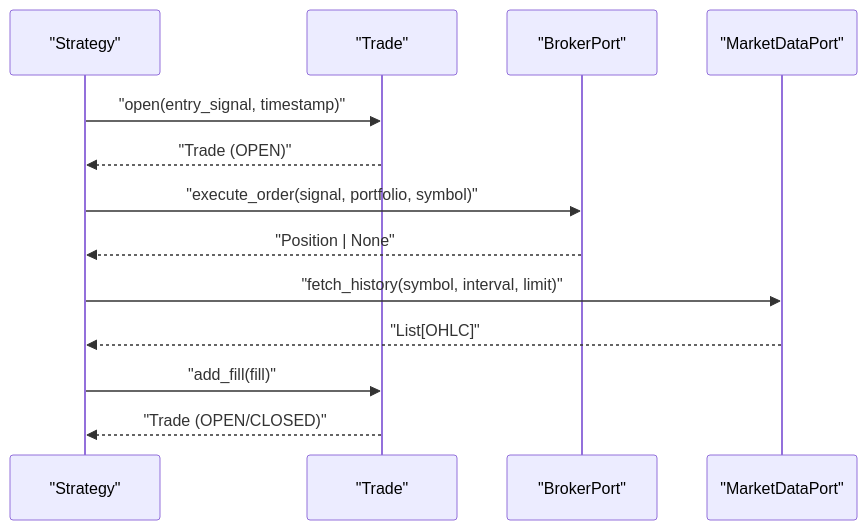
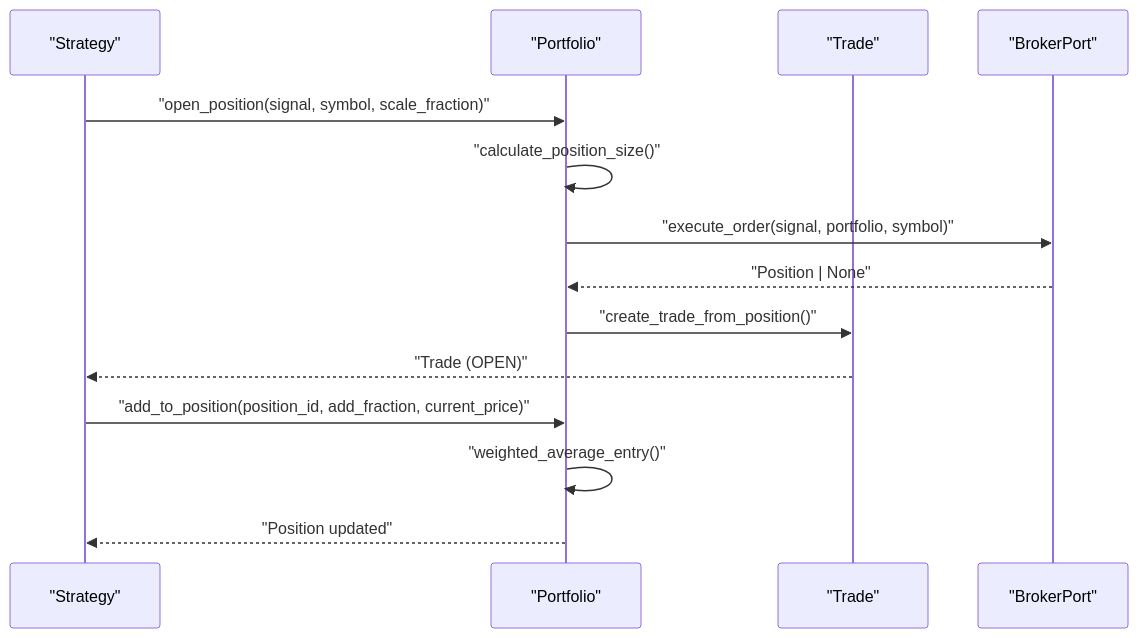
Before and after one commit to gemrajkhatry-maker/v5-of-glassytrade-ai: the fourth of 15 diagrams in .qoder/repowiki/en/content/Architecture Deep Dive/Clean Architecture Layers/Domain Layer.md, drawn with Mermaid. The commit also changed other lines of this file and 930 other files, not shown here.

````diff
--- a/.qoder/repowiki/en/content/Architecture Deep Dive/Clean Architecture Layers/Domain Layer.md
+++ b/.qoder/repowiki/en/content/Architecture Deep Dive/Clean Architecture Layers/Domain Layer.md
@@ -319,15 +400,16 @@
 ```mermaid
 sequenceDiagram
 participant Strategy as "Strategy"
+participant Portfolio as "Portfolio"
 participant Trade as "Trade"
 participant Broker as "BrokerPort"
-participant Market as "MarketDataPort"
-Strategy->>Trade : "open(entry_signal, timestamp)"
+Strategy->>Portfolio : "open_position(signal, symbol, scale_fraction)"
+Portfolio->>Portfolio : "calculate_position_size()"
+Portfolio->>Broker : "execute_order(signal, portfolio, symbol)"
+Broker-->>Portfolio : "Position | None"
+Portfolio->>Trade : "create_trade_from_position()"
 Trade-->>Strategy : "Trade (OPEN)"
-Strategy->>Broker : "execute_order(signal, portfolio, symbol)"
-Broker-->>Strategy : "Position | None"
-Strategy->>Market : "fetch_history(symbol, interval, limit)"
-Market-->>Strategy : "List[OHLC]"
-Strategy->>Trade : "add_fill(fill)"
-Trade-->>Strategy : "Trade (OPEN/CLOSED)"
+Strategy->>Portfolio : "add_to_position(position_id, add_fraction, current_price)"
+Portfolio->>Portfolio : "weighted_average_entry()"
+Portfolio-->>Strategy : "Position updated"
 ```
````
